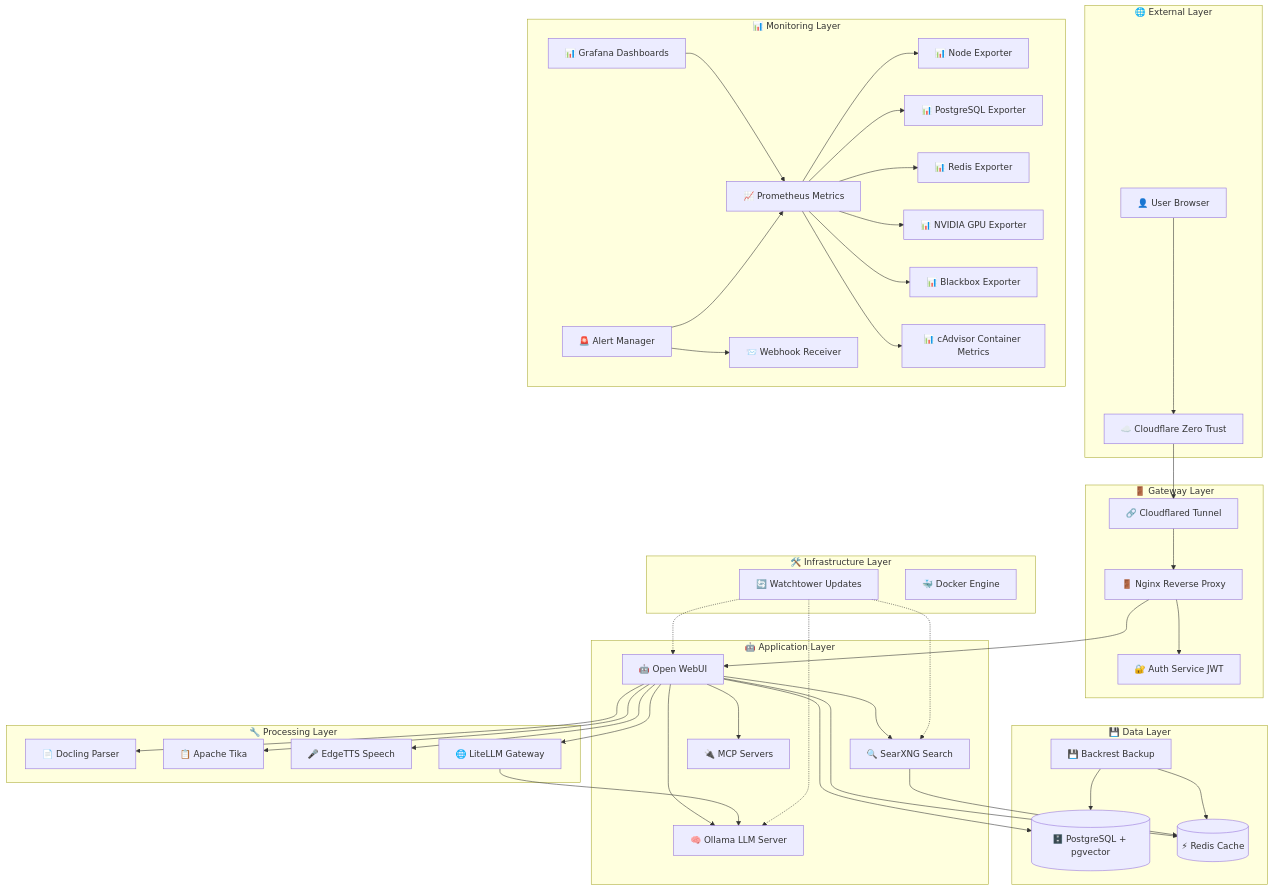
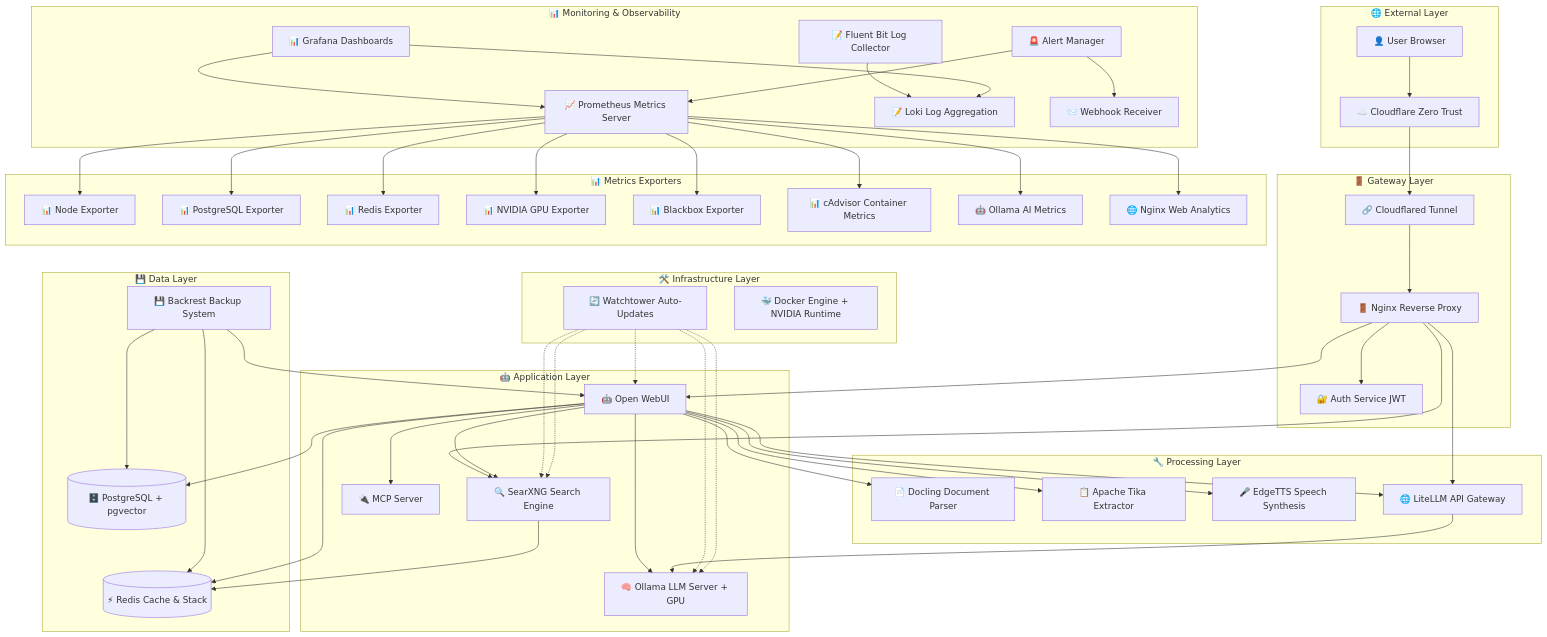
Before and after one commit to iamobservable/open-webui-starter: the diagram in docs/architecture.md, drawn with Mermaid. The commit also changed other lines of this file and 69 other files, not shown here.

````diff
--- a/docs/architecture.md
+++ b/docs/architecture.md
@@ -51,40 +68,47 @@
 
     subgraph "🤖 Application Layer"
         OWUI[🤖 Open WebUI]
-        OLLAMA[🧠 Ollama LLM Server]
-        SEARXNG[🔍 SearXNG Search]
-        MCP[🔌 MCP Servers]
+        OLLAMA[🧠 Ollama LLM Server + GPU]
+        SEARXNG[🔍 SearXNG Search Engine]
+        MCP[🔌 MCP Server]
     end
 
     subgraph "🔧 Processing Layer"
-        DOCLING[📄 Docling Parser]
-        TIKA[📋 Apache Tika]
-        EDGETTS[🎤 EdgeTTS Speech]
-        LITELLM[🌐 LiteLLM Gateway]
+        DOCLING[📄 Docling Document Parser]
+        TIKA[📋 Apache Tika Extractor]
+        EDGETTS[🎤 EdgeTTS Speech Synthesis]
+        LITELLM[🌐 LiteLLM API Gateway]
     end
 
     subgraph "💾 Data Layer"
         POSTGRES[(🗄️ PostgreSQL + pgvector)]
-        REDIS[(⚡ Redis Cache)]
-        BACKREST[💾 Backrest Backup]
+        REDIS[(⚡ Redis Cache & Stack)]
+        BACKREST[💾 Backrest Backup System]
     end
 
-    subgraph "📊 Monitoring Layer"
-        PROMETHEUS[📈 Prometheus Metrics]
+    subgraph "📊 Monitoring & Observability"
+        PROMETHEUS[📈 Prometheus Metrics Server]
         GRAFANA[📊 Grafana Dashboards]
         ALERTMANAGER[🚨 Alert Manager]
+        LOKI[📝 Loki Log Aggregation]
+        FLUENT_BIT[📝 Fluent Bit Log Collector]
         WEBHOOK_REC[📨 Webhook Receiver]
+    end
+
+    subgraph "📊 Metrics Exporters"
         NODE_EXP[📊 Node Exporter]
         PG_EXP[📊 PostgreSQL Exporter]
         REDIS_EXP[📊 Redis Exporter]
         NVIDIA_EXP[📊 NVIDIA GPU Exporter]
         BLACKBOX_EXP[📊 Blackbox Exporter]
         CADVISOR[📊 cAdvisor Container Metrics]
+        OLLAMA_EXP[🤖 Ollama AI Metrics]
+        NGINX_EXP[🌐 Nginx Web Analytics]
     end
 
     subgraph "🛠️ Infrastructure Layer"
-        WATCHTOWER[🔄 Watchtower Updates]
-        DOCKER[🐳 Docker Engine]
+        WATCHTOWER[🔄 Watchtower Auto-Updates]
+        DOCKER[🐳 Docker Engine + NVIDIA Runtime]
     end
 
     %% External connections
@@ -95,6 +119,8 @@
     %% Gateway layer
     NGINX --> AUTH
     NGINX --> OWUI
+    NGINX --> SEARXNG
+    NGINX --> LITELLM
 
     %% Application connections
     OWUI --> OLLAMA
@@ -112,6 +138,7 @@
     SEARXNG --> REDIS
     BACKREST --> POSTGRES
     BACKREST --> REDIS
+    BACKREST --> OWUI
 
     %% Monitoring connections
     PROMETHEUS --> NODE_EXP
@@ -120,12 +147,18 @@
     PROMETHEUS --> NVIDIA_EXP
     PROMETHEUS --> BLACKBOX_EXP
     PROMETHEUS --> CADVISOR
+    PROMETHEUS --> OLLAMA_EXP
+    PROMETHEUS --> NGINX_EXP
     GRAFANA --> PROMETHEUS
     ALERTMANAGER --> PROMETHEUS
     ALERTMANAGER --> WEBHOOK_REC
+    FLUENT_BIT --> LOKI
+    GRAFANA --> LOKI
 
     %% Infrastructure
     WATCHTOWER -.-> OWUI
     WATCHTOWER -.-> OLLAMA
     WATCHTOWER -.-> SEARXNG
+    WATCHTOWER -.-> OLLAMA
+    WATCHTOWER -.-> SEARXNG
 ```
````
